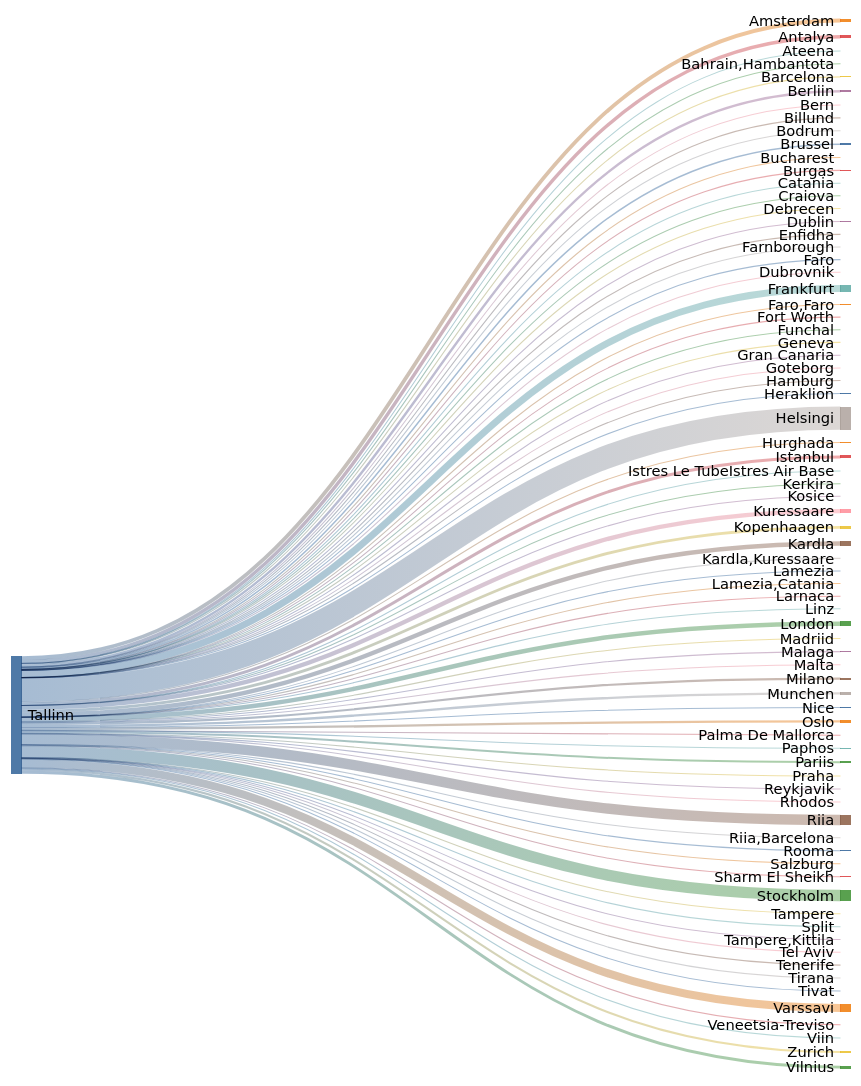
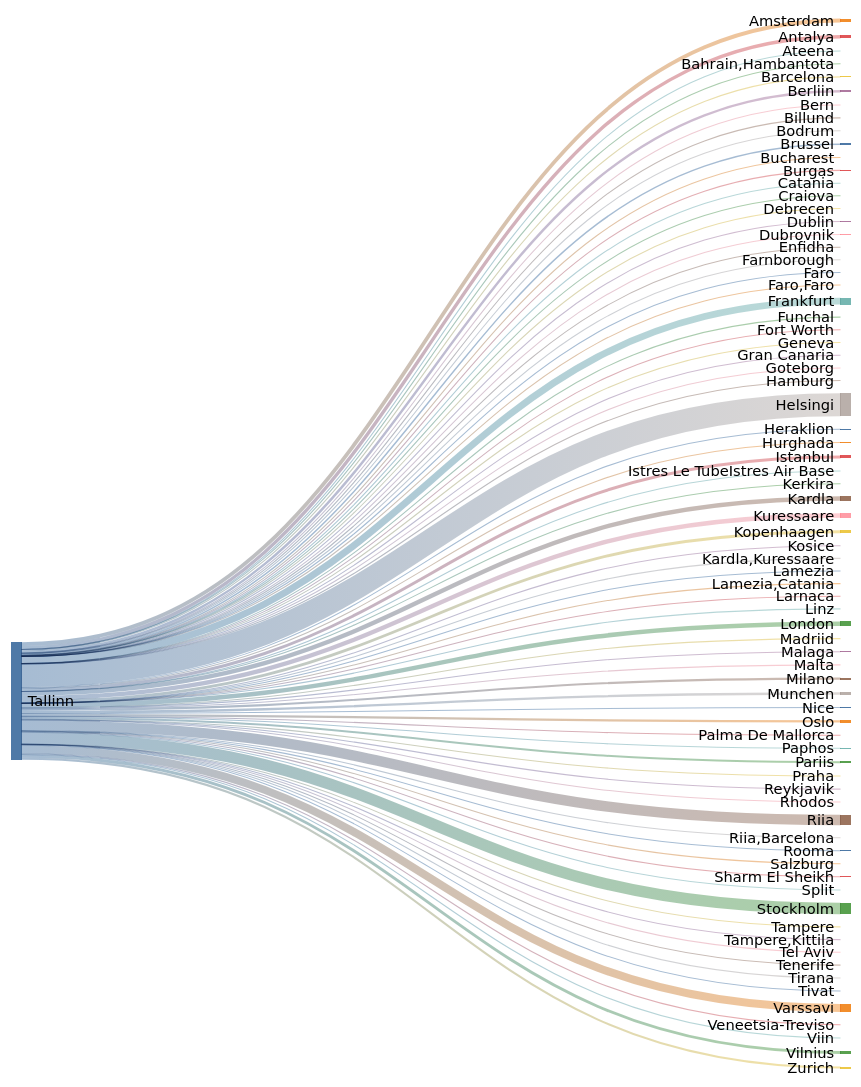
Before and after one commit to rainermesi/tll-airport-departures: the second of 2 diagrams in README.md, drawn with Mermaid (neutral theme). The commit also changed other lines of this file and 1 other file, not shown here.

````diff
--- a/README.md
+++ b/README.md
@@ -41,16 +41,16 @@
 ---
 sankey-beta
 %% source,target,value
-Tallinn,Amsterdam,485
-Tallinn,Antalya,437
+Tallinn,Amsterdam,487
+Tallinn,Antalya,438
 Tallinn,Ateena,16
 Tallinn,"Bahrain,Hambantota",1
-Tallinn,Barcelona,135
+Tallinn,Barcelona,137
 Tallinn,Berliin,308
 Tallinn,Bern,1
-Tallinn,Billund,77
+Tallinn,Billund,78
 Tallinn,Bodrum,11
-Tallinn,Brussel,188
+Tallinn,Brussel,189
 Tallinn,Bucharest,1
 Tallinn,Burgas,59
 Tallinn,Catania,2
@@ -63,30 +63,30 @@
 Tallinn,Faro,4
 Tallinn,"Faro,Faro",1
 Tallinn,Fort Worth,1
-Tallinn,Frankfurt,882
+Tallinn,Frankfurt,885
 Tallinn,Funchal,5
 Tallinn,Geneva,13
 Tallinn,Gran Canaria,38
 Tallinn,Goteborg,2
 Tallinn,Hamburg,2
-Tallinn,Helsingi,2969
-Tallinn,Heraklion,100
+Tallinn,Helsingi,2980
+Tallinn,Heraklion,101
 Tallinn,Hurghada,75
-Tallinn,Istanbul,387
+Tallinn,Istanbul,388
 Tallinn,Istres Le TubeIstres Air Base,2
 Tallinn,Kerkira,4
-Tallinn,Kopenhaagen,369
+Tallinn,Kopenhaagen,371
 Tallinn,Kosice,1
-Tallinn,Kuressaare,562
-Tallinn,Kardla,564
+Tallinn,Kuressaare,564
+Tallinn,Kardla,566
 Tallinn,"Kardla,Kuressaare",1
 Tallinn,Lamezia,1
 Tallinn,"Lamezia,Catania",3
 Tallinn,Larnaca,4
 Tallinn,Linz,2
-Tallinn,London,579
+Tallinn,London,581
 Tallinn,Madriid,4
-Tallinn,Malaga,119
+Tallinn,Malaga,120
 Tallinn,Malta,29
 Tallinn,Milano,272
 Tallinn,Munchen,303
@@ -95,27 +95,27 @@
 Tallinn,Palma De Mallorca,33
 Tallinn,Paphos,66
 Tallinn,Pariis,259
-Tallinn,Praha,86
+Tallinn,Praha,87
 Tallinn,Reykjavik,19
 Tallinn,Rhodos,60
-Tallinn,Riia,1334
+Tallinn,Riia,1339
 Tallinn,"Riia,Barcelona",1
 Tallinn,Rooma,80
 Tallinn,Salzburg,14
 Tallinn,Sharm El Sheikh,103
 Tallinn,Split,53
-Tallinn,Stockholm,1465
+Tallinn,Stockholm,1471
 Tallinn,Tampere,17
 Tallinn,"Tampere,Kittila",21
 Tallinn,Tel Aviv,2
 Tallinn,Tenerife,58
 Tallinn,Tirana,34
 Tallinn,Tivat,67
-Tallinn,Varssavi,1025
+Tallinn,Varssavi,1028
 Tallinn,Veneetsia-Treviso,67
 Tallinn,Viin,106
-Tallinn,Vilnius,371
-Tallinn,Zurich,264
+Tallinn,Vilnius,372
+Tallinn,Zurich,265
 
 
 ```
````
